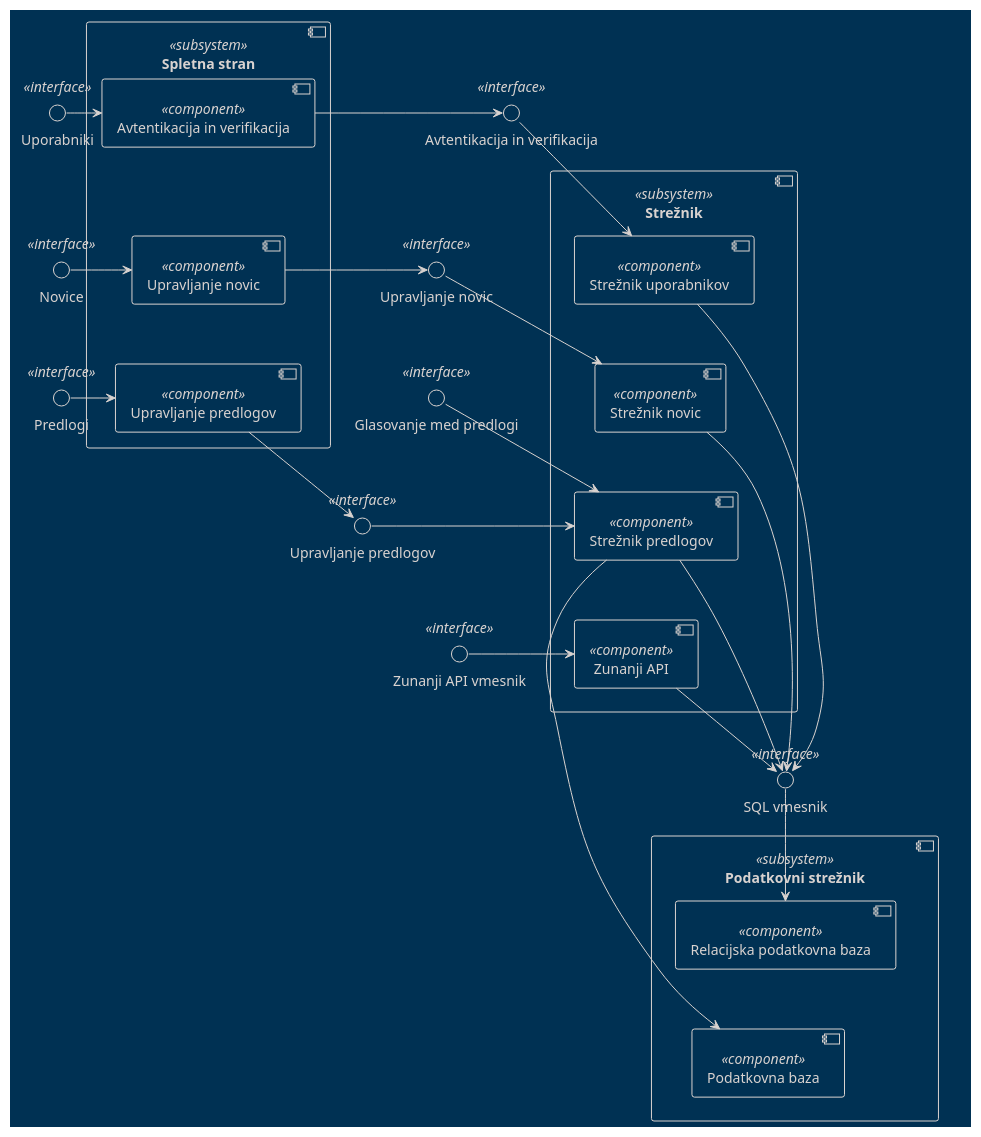
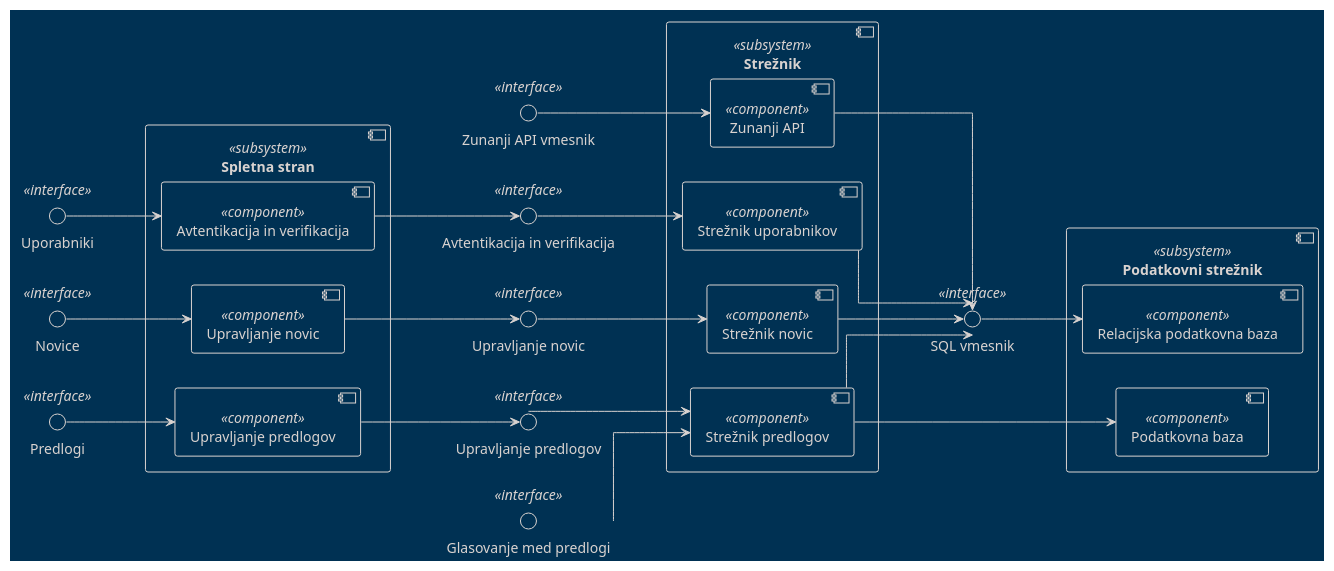
The diagram in docs/gradivo/plantuml/Nacrt arhitekture/razvojnipogled.puml (kupinah/test-tpo), drawn with PlantUML before and after one commit. The commit also changed 5 other files, not shown here.

```diff
--- a/docs/gradivo/plantuml/Nacrt arhitekture/razvojnipogled.puml
+++ b/docs/gradivo/plantuml/Nacrt arhitekture/razvojnipogled.puml
@@ -1,63 +1,58 @@
 @startuml
 !theme blueprint
+
+left to right direction
+skinparam linetype ortho
 
 () Uporabniki <<interface>>
 () Novice <<interface>>
 () Predlogi <<interface>>
 
 component "Spletna stran"  as SS <<subsystem>> {
    component "Avtentikacija in verifikacija" <<component>> as AV
    component "Upravljanje novic" <<component>> as UN
    component "Upravljanje predlogov" <<component>> as UP
 }
 
 
 () "Avtentikacija in verifikacija" <<interface>> as AVI
 () "Upravljanje novic" <<interface>> as UNI
 () "Upravljanje predlogov" <<interface>> as UPI
 () "Glasovanje med predlogi" <<interface>> as GI
 () "Zunanji API vmesnik" <<interface>> as APII
 () "SQL vmesnik" <<interface>> as SQL
 
 component Strežnik <<subsystem>> {
    component "Strežnik uporabnikov" <<component>> as SU
    component "Strežnik novic" <<component>> as SN
    component "Strežnik predlogov" <<component>> as SP
    component "Zunanji API" <<component>> as API
 }
 
 component "Podatkovni strežnik" as PS <<subsystem>> {
    component "Relacijska podatkovna baza" as DPB <<component>>
    component "Podatkovna baza" as PB2 <<component>>
 }
 
-AV -[hidden]-> UN
-UN -[hidden]-> UP
-SU -[hidden]-> SN
-SN -[hidden]-> SP
-SP -[hidden]-> API
 
-Uporabniki -> AV
-UN <-left- Novice
-UP <-left- Predlogi
+Uporabniki --> AV
+Novice --> UN
+Predlogi --> UP
 
-AV -right-> AVI
-UN -right-> UNI
+AV --> AVI
+UN --> UNI
 
-AVI -right-> SU
-UNI -right-> SN
-UPI -right-> SP
+AVI --> SU
+UNI --> SN
+UPI --> SP
 GI --> SP
-API <-left- APII
+APII --> API
 UP --> UPI
 
 SU --> SQL 
 SN --> SQL
 SP --> SQL
 API --> SQL
-DPB -[hidden]-> PB2
 SP -> PB2
 SQL --> DPB
-Strežnik -[hidden]> PS
-
 @enduml
```
